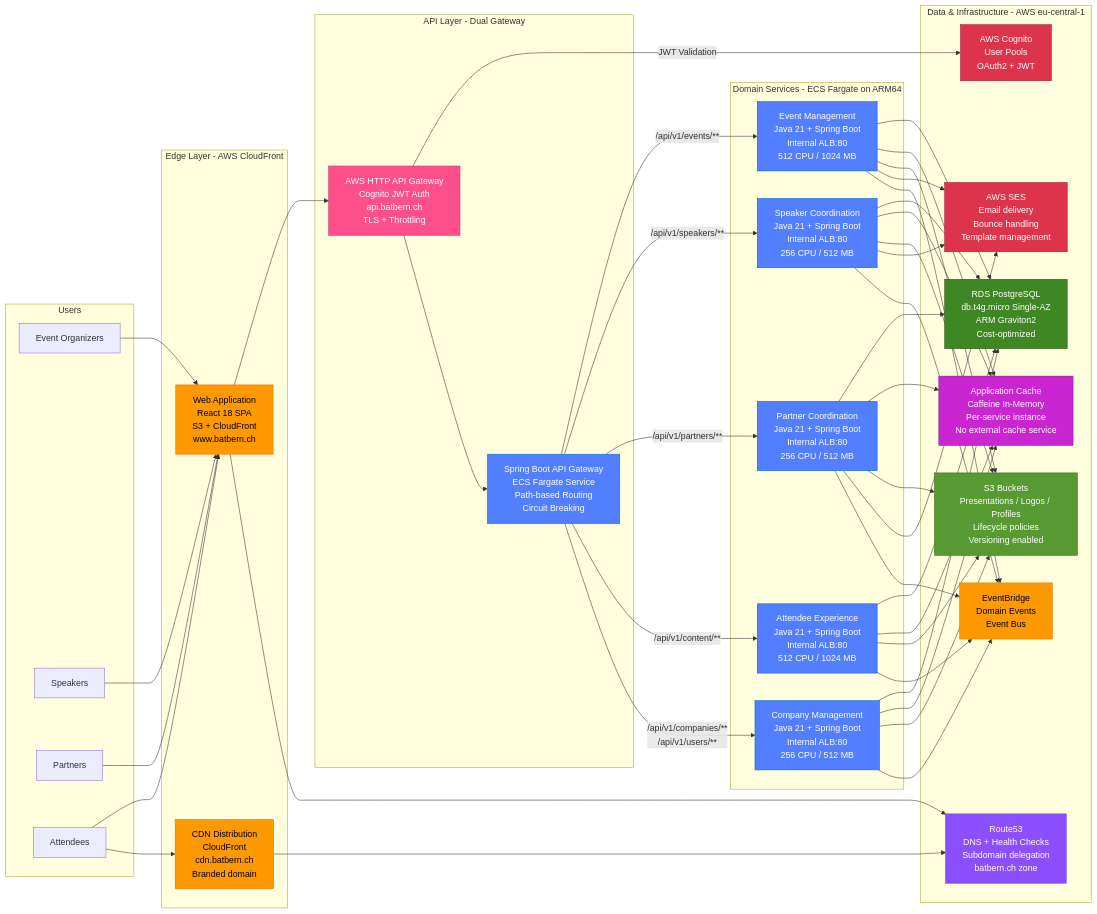
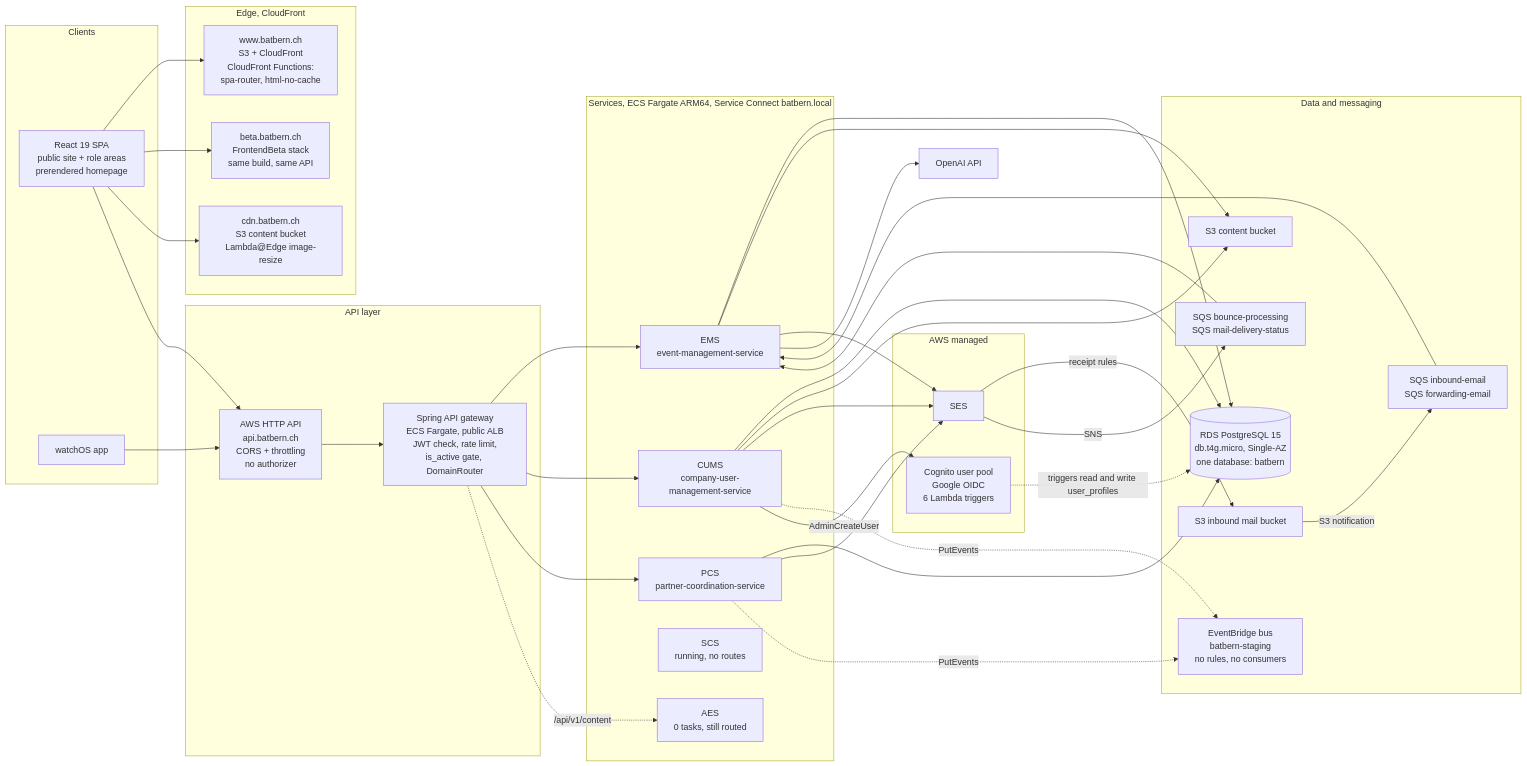
One commit to nissimbuchs/BATbern2 changed the third of 8 diagrams in docs/architecture/01-system-overview.md. Above: the diagram before and after it, drawn with Mermaid. The commit also changed other lines of this file and 164 other files, not shown here.

First line of the commit message:
docs: documentation audit before BATbern60 (user guide, screenshots, PRD, architecture diagrams) (#1224)

````diff
--- a/docs/architecture/01-system-overview.md
+++ b/docs/architecture/01-system-overview.md
@@ -119,75 +140,67 @@
 ```mermaid
-graph LR
-    subgraph "Users"
-        A[Event Organizers]
-        B[Speakers]
-        C[Partners]
-        D[Attendees]
+flowchart LR
+    subgraph clients["Clients"]
+        SPA["React 19 SPA<br/>public site + role areas<br/>prerendered homepage"]
+        WAPP["watchOS app"]
     end
 
-    subgraph "Edge Layer - AWS CloudFront"
-        E[Web Application<br/>React 18 SPA<br/>S3 + CloudFront<br/>www.batbern.ch]
-        Q[CDN Distribution<br/>CloudFront<br/>cdn.batbern.ch<br/>Branded domain]
+    subgraph edge["Edge, CloudFront"]
+        WWW["www.batbern.ch<br/>S3 + CloudFront<br/>CloudFront Functions:<br/>spa-router, html-no-cache"]
+        BETA["beta.batbern.ch<br/>FrontendBeta stack<br/>same build, same API"]
+        CDNB["cdn.batbern.ch<br/>S3 content bucket<br/>Lambda@Edge image-resize"]
     end
 
-    subgraph "API Layer - Dual Gateway"
-        G[AWS HTTP API Gateway<br/>Cognito JWT Auth<br/>api.batbern.ch<br/>TLS + Throttling]
-        GW[Spring Boot API Gateway<br/>ECS Fargate Service<br/>Path-based Routing<br/>Circuit Breaking]
+    subgraph api["API layer"]
+        HTTPAPI["AWS HTTP API<br/>api.batbern.ch<br/>CORS + throttling<br/>no authorizer"]
+        GW["Spring API gateway<br/>ECS Fargate, public ALB<br/>JWT check, rate limit,<br/>is_active gate, DomainRouter"]
     end
 
-    subgraph "Domain Services - ECS Fargate on ARM64"
-        H[Event Management<br/>Java 21 + Spring Boot<br/>Internal ALB:80<br/>512 CPU / 1024 MB]
-        I[Speaker Coordination<br/>Java 21 + Spring Boot<br/>Internal ALB:80<br/>256 CPU / 512 MB]
-        J[Partner Coordination<br/>Java 21 + Spring Boot<br/>Internal ALB:80<br/>256 CPU / 512 MB]
-        K[Attendee Experience<br/>Java 21 + Spring Boot<br/>Internal ALB:80<br/>512 CPU / 1024 MB]
-        L[Company Management<br/>Java 21 + Spring Boot<br/>Internal ALB:80<br/>256 CPU / 512 MB]
+    subgraph svc["Services, ECS Fargate ARM64, Service Connect batbern.local"]
+        EMS["EMS<br/>event-management-service"]
+        CUMS["CUMS<br/>company-user-management-service"]
+        PCS["PCS<br/>partner-coordination-service"]
+        SCS["SCS<br/>running, no routes"]
+        AES["AES<br/>0 tasks, still routed"]
     end
 
-    subgraph "Data & Infrastructure - AWS eu-central-1"
-        M[AWS Cognito<br/>User Pools<br/>OAuth2 + JWT]
-        N[RDS PostgreSQL<br/>db.t4g.micro Single-AZ<br/>ARM Graviton2<br/>Cost-optimized]
-        O[Application Cache<br/>Caffeine In-Memory<br/>Per-service instance<br/>No external cache service]
-        P[S3 Buckets<br/>Presentations / Logos / Profiles<br/>Lifecycle policies<br/>Versioning enabled]
-        R[AWS SES<br/>Email delivery<br/>Bounce handling<br/>Template management]
-        S[Route53<br/>DNS + Health Checks<br/>Subdomain delegation<br/>batbern.ch zone]
-        EB[EventBridge<br/>Domain Events<br/>Event Bus]
+    subgraph data["Data and messaging"]
+        RDS[("RDS PostgreSQL 15<br/>db.t4g.micro, Single-AZ<br/>one database: batbern")]
+        S3C["S3 content bucket"]
+        S3M["S3 inbound mail bucket"]
+        SQSIN["SQS inbound-email<br/>SQS forwarding-email"]
+        SQSOUT["SQS bounce-processing<br/>SQS mail-delivery-status"]
+        EB["EventBridge bus<br/>batbern-staging<br/>no rules, no consumers"]
     end
 
-    A & B & C & D --> E
-    D --> Q
+    subgraph aws["AWS managed"]
+        COG["Cognito user pool<br/>Google OIDC<br/>6 Lambda triggers"]
+        SES["SES"]
+    end
 
-    E --> G
-    G -->|JWT Validation| M
-    G --> GW
+    OAI["OpenAI API"]
 
-    GW -->|/api/v1/events/**| H
-    GW -->|/api/v1/speakers/**| I
-    GW -->|/api/v1/partners/**| J
-    GW -->|/api/v1/content/**| K
-    GW -->|/api/v1/companies/**<br/>/api/v1/users/**| L
-
-    H & I & J & K & L --> N
-    H & I & J & K & L --> O
-    H & I & J & K & L --> P
-    H & I & J --> R
-    H & I & J & K & L --> EB
-
-    E & Q --> S
-
-    style E fill:#FF9900,stroke:#FF6600,color:#000
-    style Q fill:#FF9900,stroke:#FF6600,color:#000
-    style G fill:#FF4F8B,stroke:#C7365F,color:#fff
-    style GW fill:#527FFF,stroke:#0066CC,color:#fff
-    style H fill:#527FFF,stroke:#0066CC,color:#fff
-    style I fill:#527FFF,stroke:#0066CC,color:#fff
-    style J fill:#527FFF,stroke:#0066CC,color:#fff
-    style K fill:#527FFF,stroke:#0066CC,color:#fff
-    style L fill:#527FFF,stroke:#0066CC,color:#fff
-    style M fill:#DD344C,stroke:#A21835,color:#fff
-    style N fill:#3F8624,stroke:#2D5016,color:#fff
-    style O fill:#C925D1,stroke:#8B1A8B,color:#fff
-    style P fill:#569A31,stroke:#3A6B1F,color:#fff
-    style R fill:#DD344C,stroke:#A21835,color:#fff
-    style S fill:#8C4FFF,stroke:#6B3ACC,color:#fff
-    style EB fill:#FF9900,stroke:#FF6600,color:#000
+    SPA --> WWW
+    SPA --> BETA
+    SPA --> CDNB
+    SPA --> HTTPAPI
+    WAPP --> HTTPAPI
+    HTTPAPI --> GW
+    GW --> EMS
+    GW --> CUMS
+    GW --> PCS
+    GW -.->|"/api/v1/content"| AES
+    EMS & CUMS & PCS --> RDS
+    EMS & CUMS --> S3C
+    EMS --> SES
+    CUMS --> SES
+    PCS --> SES
+    SES -->|"receipt rules"| S3M
+    S3M -->|"S3 notification"| SQSIN
+    SQSIN --> EMS
+    SES -->|"SNS"| SQSOUT
+    SQSOUT --> EMS
+    CUMS & PCS -.->|"PutEvents"| EB
+    EMS --> OAI
+    COG -.->|"triggers read and write user_profiles"| RDS
+    CUMS -->|"AdminCreateUser"| COG
 ```
````
